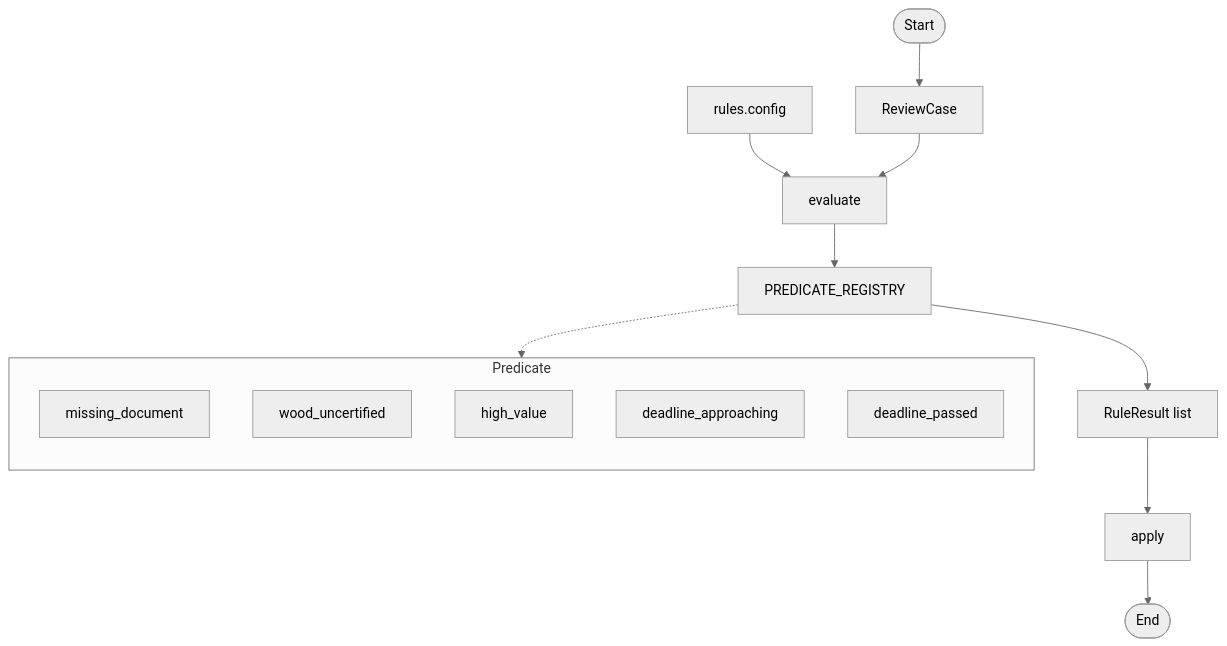
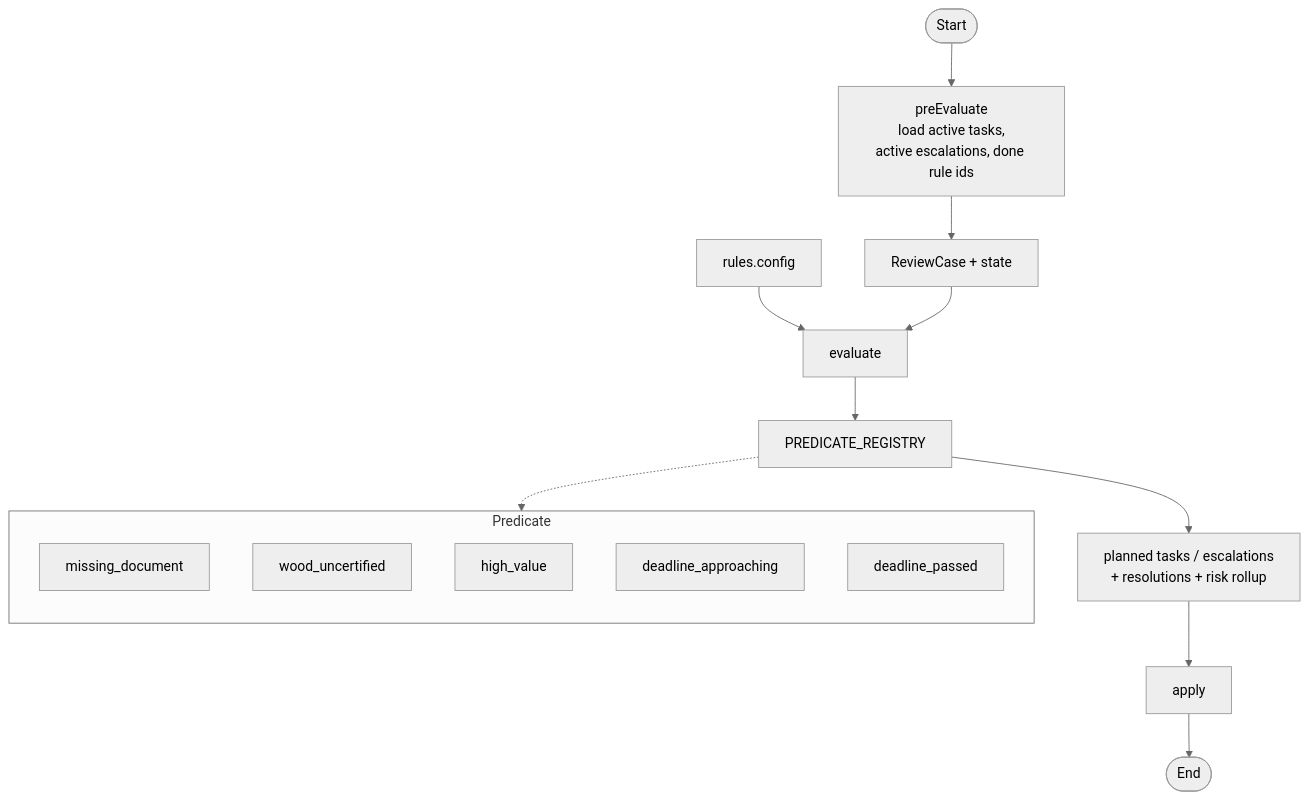
Before and after one commit to quanledinhvn/trade_review: the fourth of 9 diagrams in xdocs/SYSTEM_DESIGN.md, drawn with Mermaid (neutral theme). The commit also changed other lines of this file and 36 other files, not shown here.

````diff
--- a/xdocs/SYSTEM_DESIGN.md
+++ b/xdocs/SYSTEM_DESIGN.md
@@ -246,23 +249,24 @@
 ```mermaid
 flowchart TD
-    Start([Start]) --> Case[ReviewCase]
+    Start([Start]) --> Pre[preEvaluate<br/>load active tasks,<br/>active escalations, done rule ids]
+    Pre --> Case[ReviewCase + state]
     Config[rules.config] --> Eval[evaluate]
     Case --> Eval
 
     Eval --> Lookup[PREDICATE_REGISTRY]
 
     subgraph Registry [Predicate]
         direction TB
         P1[missing_document]
         P2[wood_uncertified]
         P3[high_value]
         P4[deadline_approaching]
         P5[deadline_passed]
     end
 
     Lookup -.-> Registry
-    Lookup --> Results[RuleResult list]
+    Lookup --> Results[planned tasks / escalations<br/>+ resolutions + risk rollup]
 
     Results --> Apply[apply]
     Apply --> End([End])
 ```
````
